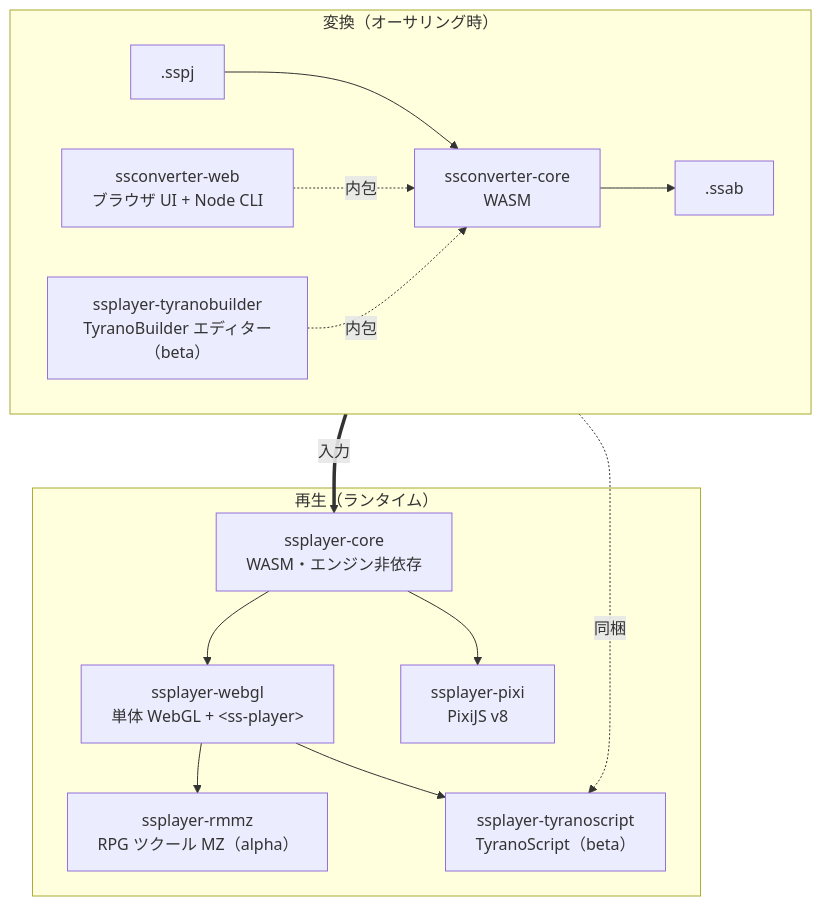
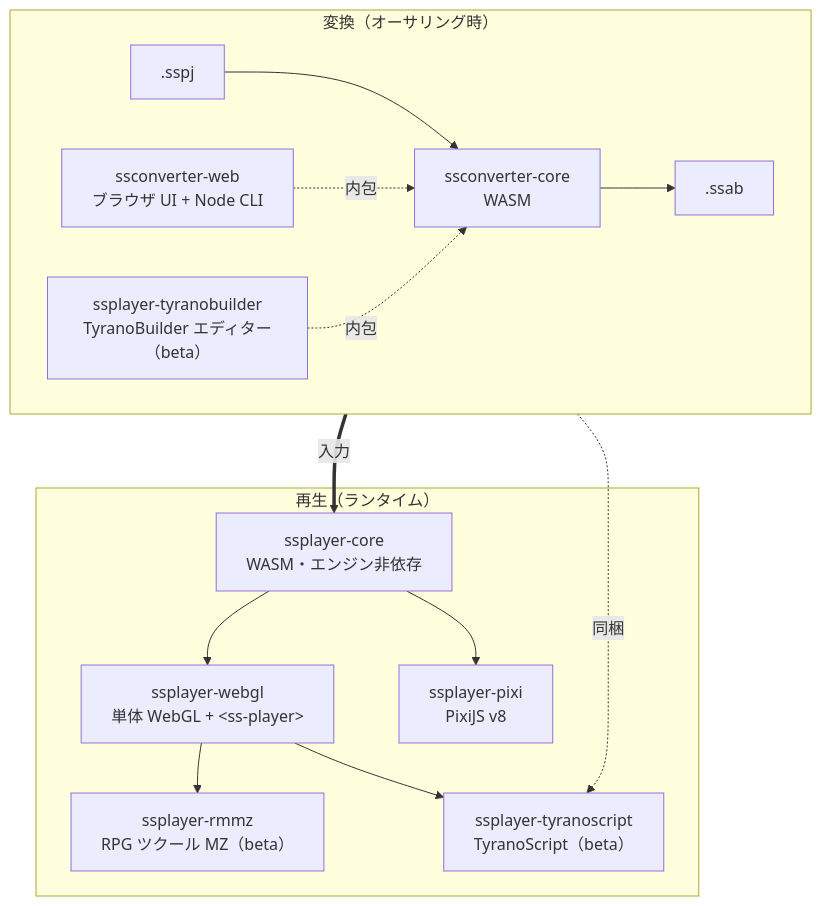
One commit to cri-middleware/SSPlayerForWeb changed the diagram in README.ja.md. Above: the diagram before and after it, drawn with Mermaid. The commit also changed other lines of this file and 10 other files, not shown here.

First line of the commit message:
chore(rmmz): promote ssplayer-rmmz from alpha to beta

````diff
--- a/README.ja.md
+++ b/README.ja.md
@@ -102,24 +102,24 @@
 ```mermaid
 flowchart TD
     subgraph conv ["変換（オーサリング時）"]
         direction LR
         sspj[".sspj"] --> convcore["ssconverter-core<br/>WASM"] --> ssab[".ssab"]
         convweb["ssconverter-web<br/>ブラウザ UI + Node CLI"] -. 内包 .-> convcore
         tyranob["ssplayer-tyranobuilder<br/>TyranoBuilder エディター（beta）"] -. 内包 .-> convcore
     end
 
     subgraph play ["再生（ランタイム）"]
         core["ssplayer-core<br/>WASM・エンジン非依存"]
         webgl["ssplayer-webgl<br/>単体 WebGL + &lt;ss-player&gt;"]
         pixi["ssplayer-pixi<br/>PixiJS v8"]
-        rmmz["ssplayer-rmmz<br/>RPG ツクール MZ（alpha）"]
+        rmmz["ssplayer-rmmz<br/>RPG ツクール MZ（beta）"]
         tyrano["ssplayer-tyranoscript<br/>TyranoScript（beta）"]
         core --> webgl
         core --> pixi
         webgl --> rmmz
         webgl --> tyrano
     end
 
     tyranob -. 同梱 .-> tyrano
     ssab ==>|入力| core
 ```
````
